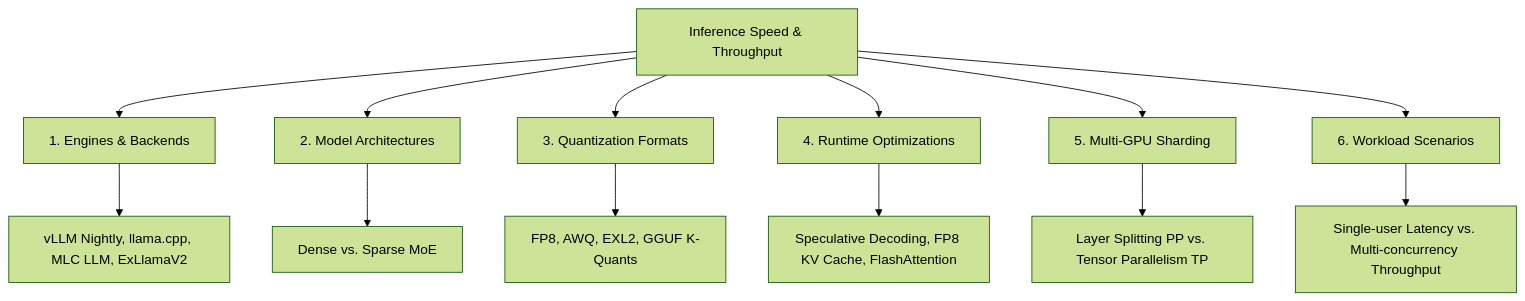
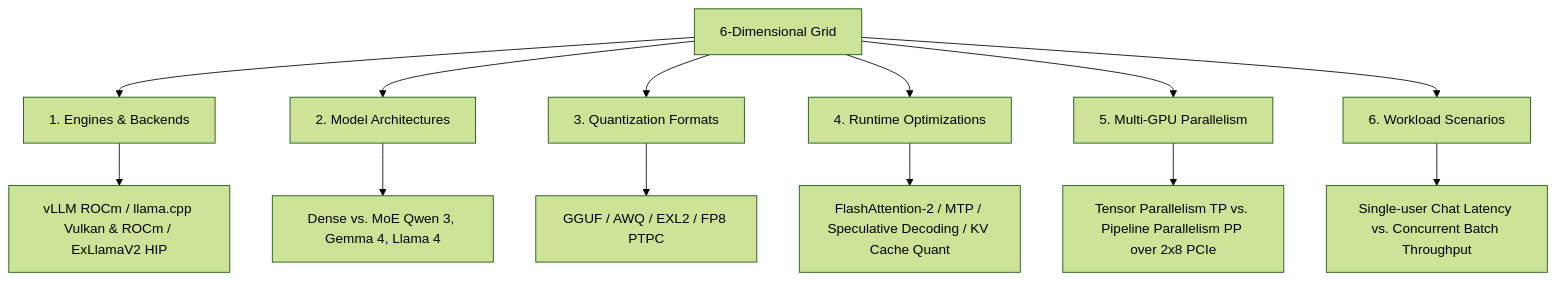
Before and after one commit to nycdubliner/local-llm-performance-matrix: the diagram in performance_testing_matrix.md, drawn with Mermaid (forest theme). The commit also changed other lines of this file and 9 other files, not shown here.

Commit message:
feat: publish verified hardware execution results, adapt dashboard logic, and update charts

````diff
--- a/performance_testing_matrix.md
+++ b/performance_testing_matrix.md
@@ -41,16 +11,16 @@
 ```mermaid
 graph TD
-    A[Inference Speed & Throughput] --> B[1. Engines & Backends]
-    A[Inference Speed & Throughput] --> C[2. Model Architectures]
-    A[Inference Speed & Throughput] --> D[3. Quantization Formats]
-    A[Inference Speed & Throughput] --> E[4. Runtime Optimizations]
-    A[Inference Speed & Throughput] --> F[5. Multi-GPU Sharding]
-    A[Inference Speed & Throughput] --> G[6. Workload Scenarios]
+    A[6-Dimensional Grid] --> B[1. Engines & Backends]
+    A --> C[2. Model Architectures]
+    A --> D[3. Quantization Formats]
+    A --> E[4. Runtime Optimizations]
+    A --> F[5. Multi-GPU Parallelism]
+    A --> G[6. Workload Scenarios]
 
-    B --> B1[vLLM Nightly, llama.cpp, MLC LLM, ExLlamaV2]
-    C --> C1[Dense vs. Sparse MoE]
-    D --> D1[FP8, AWQ, EXL2, GGUF K-Quants]
-    E --> E1[Speculative Decoding, FP8 KV Cache, FlashAttention]
-    F --> F1[Layer Splitting PP vs. Tensor Parallelism TP]
-    G --> G1[Single-user Latency vs. Multi-concurrency Throughput]
+    B --> B1[vLLM ROCm / llama.cpp Vulkan & ROCm / ExLlamaV2 HIP]
+    C --> C1[Dense vs. MoE Qwen 3, Gemma 4, Llama 4]
+    D --> D1[GGUF / AWQ / EXL2 / FP8 PTPC]
+    E --> E1[FlashAttention-2 / MTP / Speculative Decoding / KV Cache Quant]
+    F --> F1[Tensor Parallelism TP vs. Pipeline Parallelism PP over 2x8 PCIe]
+    G --> G1[Single-user Chat Latency vs. Concurrent Batch Throughput]
 ```
````
